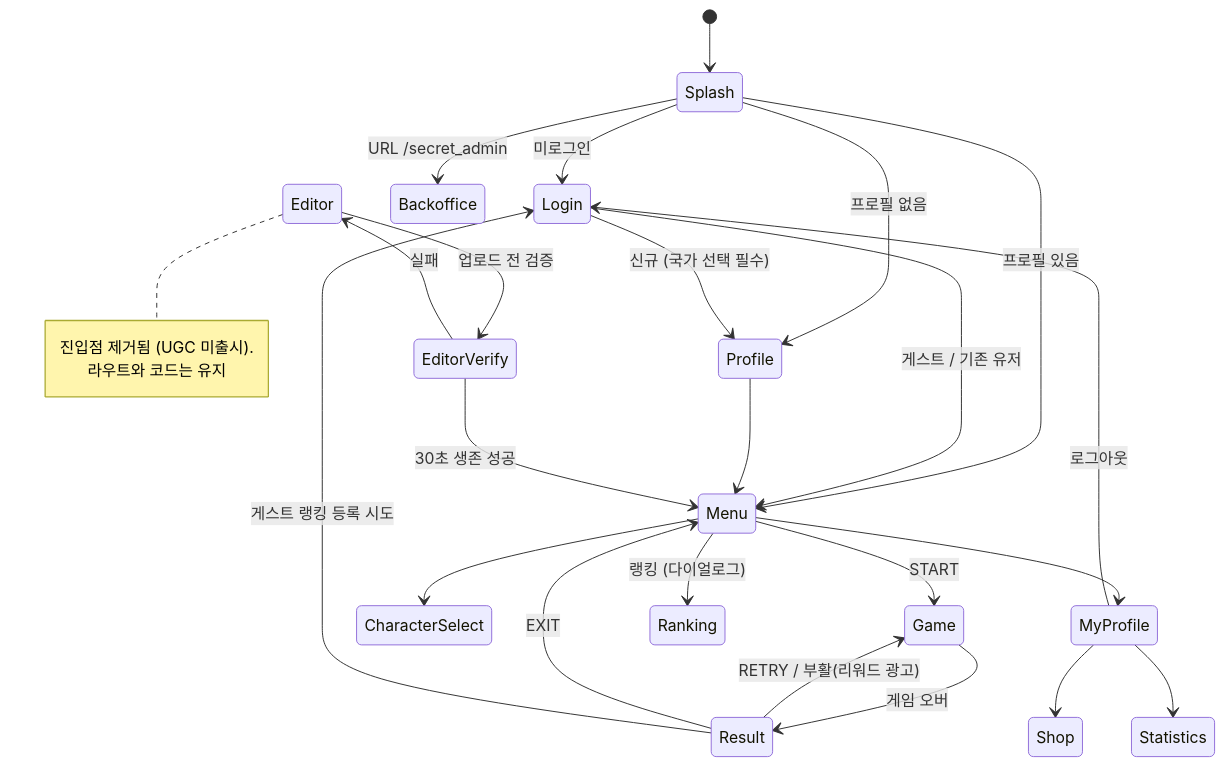
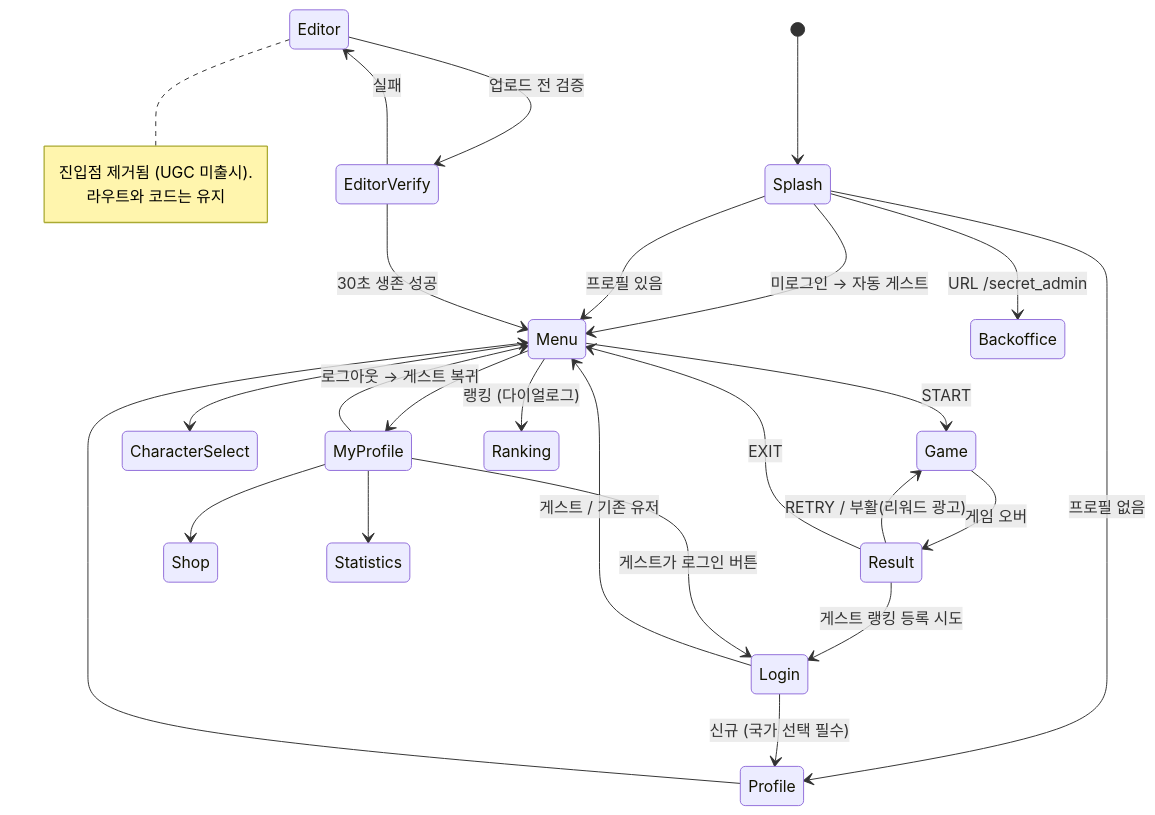
Before and after one commit to herokt/zonber: the third of 3 diagrams in ARCHITECTURE.md, drawn with Mermaid. The commit also changed other lines of this file and 185 other files, not shown here.

````diff
--- a/ARCHITECTURE.md
+++ b/ARCHITECTURE.md
@@ -136,34 +140,35 @@
 ```mermaid
 stateDiagram-v2
     [*] --> Splash
-    Splash --> Login: 미로그인
+    Splash --> Menu: 미로그인 → 자동 게스트
     Splash --> Profile: 프로필 없음
     Splash --> Menu: 프로필 있음
     Splash --> Backoffice: URL /secret_admin
 
     Login --> Profile: 신규 (국가 선택 필수)
     Login --> Menu: 게스트 / 기존 유저
     Profile --> Menu
 
     Menu --> Game: START
     Menu --> CharacterSelect
     Menu --> MyProfile
     Menu --> Ranking: 랭킹 (다이얼로그)
 
     Game --> Result: 게임 오버
     Result --> Game: RETRY / 부활(리워드 광고)
     Result --> Menu: EXIT
     Result --> Login: 게스트 랭킹 등록 시도
 
     MyProfile --> Shop
     MyProfile --> Statistics
-    MyProfile --> Login: 로그아웃
+    MyProfile --> Menu: 로그아웃 → 게스트 복귀
+    MyProfile --> Login: 게스트가 로그인 버튼
 
     Editor --> EditorVerify: 업로드 전 검증
     EditorVerify --> Menu: 30초 생존 성공
     EditorVerify --> Editor: 실패
     note right of Editor
         진입점 제거됨 (UGC 미출시).
         라우트와 코드는 유지
     end note
 ```
````
